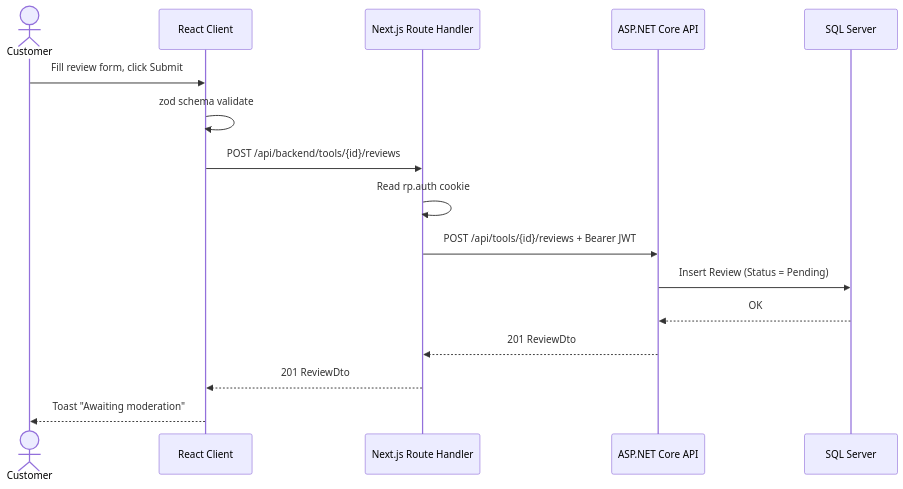
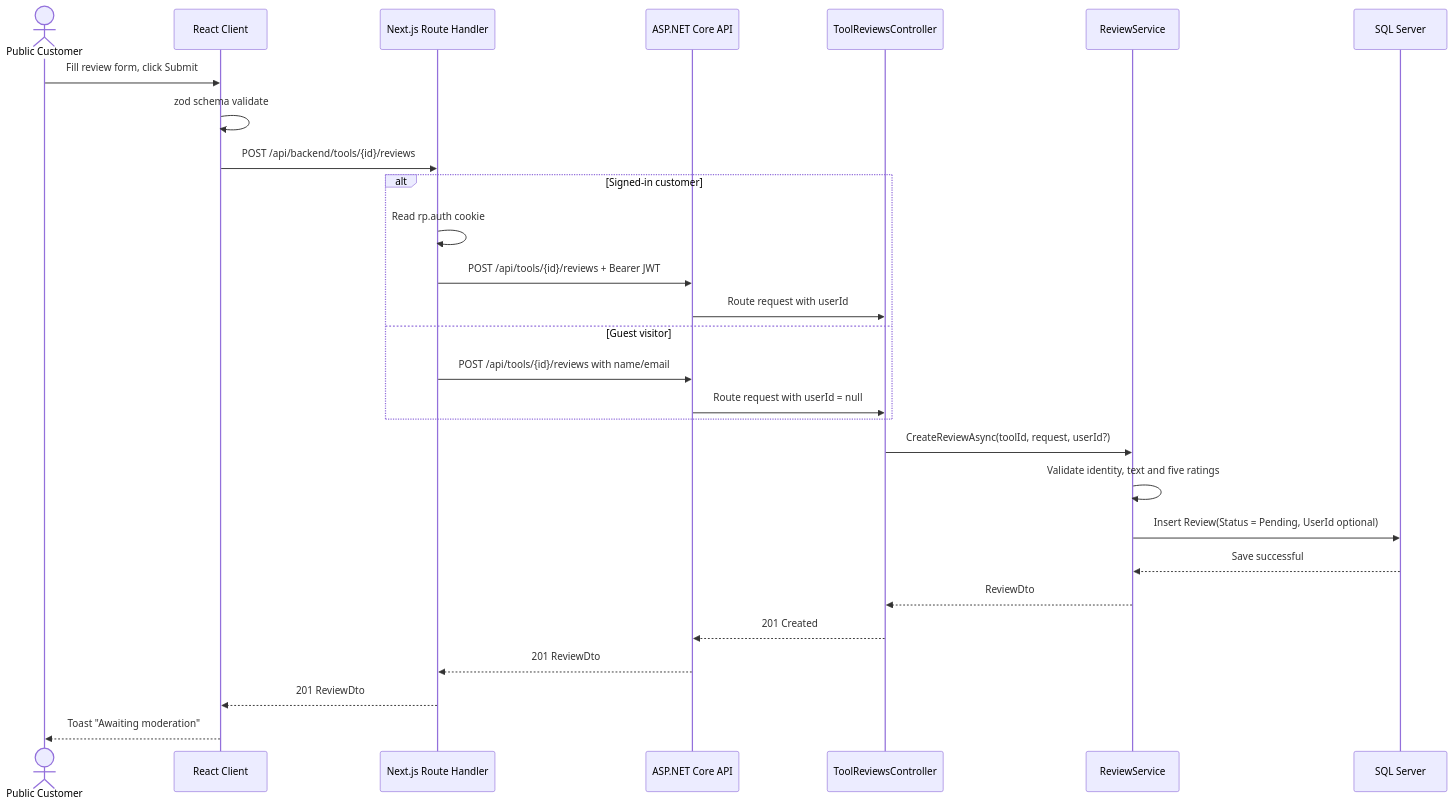
Before and after one commit to SEPP-2026/ReviewPortal-Web: the sixth of 11 diagrams in docs/FUNCTIONAL-DESIGN-DIAGRAMS.md, drawn with Mermaid. The commit also changed other lines of this file and 1 other file, not shown here.

Commit message:
docs: align web UML diagrams with review feedback

````diff
--- a/docs/FUNCTIONAL-DESIGN-DIAGRAMS.md
+++ b/docs/FUNCTIONAL-DESIGN-DIAGRAMS.md
@@ -294,19 +308,31 @@
 ```mermaid
 sequenceDiagram
-    actor Customer
+    actor Customer as Public Customer
     participant Browser as React Client
     participant Server as Next.js Route Handler
     participant API as ASP.NET Core API
+    participant Reviews as ToolReviewsController
+    participant ReviewService
     participant DB as SQL Server
 
     Customer->>Browser: Fill review form, click Submit
     Browser->>Browser: zod schema validate
     Browser->>Server: POST /api/backend/tools/{id}/reviews
-    Server->>Server: Read rp.auth cookie
-    Server->>API: POST /api/tools/{id}/reviews + Bearer JWT
-    API->>DB: Insert Review (Status = Pending)
-    DB-->>API: OK
+    alt Signed-in customer
+        Server->>Server: Read rp.auth cookie
+        Server->>API: POST /api/tools/{id}/reviews + Bearer JWT
+        API->>Reviews: Route request with userId
+    else Guest visitor
+        Server->>API: POST /api/tools/{id}/reviews with name/email
+        API->>Reviews: Route request with userId = null
+    end
+    Reviews->>ReviewService: CreateReviewAsync(toolId, request, userId?)
+    ReviewService->>ReviewService: Validate identity, text and five ratings
+    ReviewService->>DB: Insert Review(Status = Pending, UserId optional)
+    DB-->>ReviewService: Save successful
+    ReviewService-->>Reviews: ReviewDto
+    Reviews-->>API: 201 Created
     API-->>Server: 201 ReviewDto
     Server-->>Browser: 201 ReviewDto
     Browser-->>Customer: Toast "Awaiting moderation"
 ```
````
